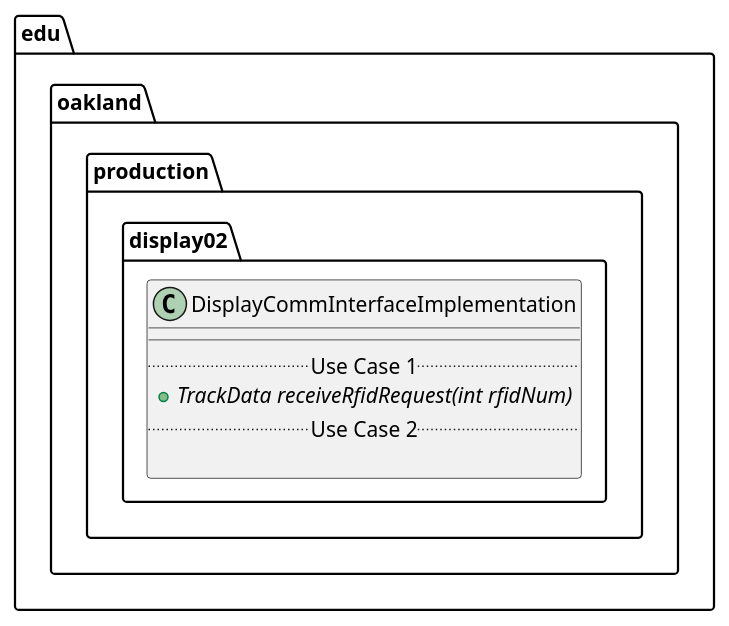
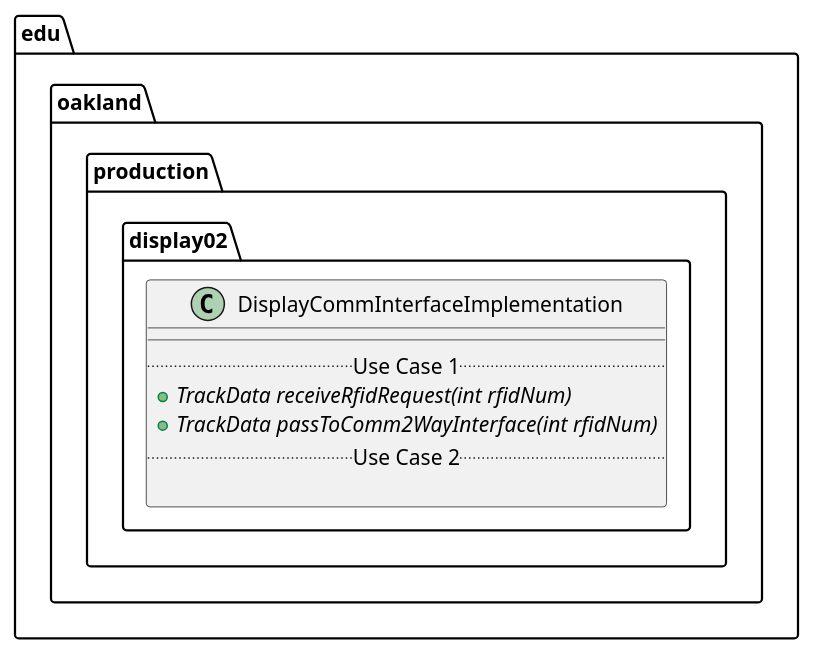
One commit to andrewdimmer/csi-3370-software-project changed the diagram in docs/uml-class-diagrams/display02/production/DisplayCommInterfaceImplementation/DisplayCommInterfaceImplementation.puml. Above: the diagram before and after it, drawn with PlantUML.

```diff
--- a/docs/uml-class-diagrams/display02/production/DisplayCommInterfaceImplementation/DisplayCommInterfaceImplementation.puml
+++ b/docs/uml-class-diagrams/display02/production/DisplayCommInterfaceImplementation/DisplayCommInterfaceImplementation.puml
@@ -1,13 +1,14 @@
 @startuml DisplayCommInterfaceImplementation
 
 package edu.oakland.production.display02 {
     class DisplayCommInterfaceImplementation {
         __
         .. Use Case 1 ..
         {abstract} + TrackData receiveRfidRequest(int rfidNum)
+        {abstract} + TrackData passToComm2WayInterface(int rfidNum)
         .. Use Case 2 ..
 
     }
 }
 
 @enduml
```
